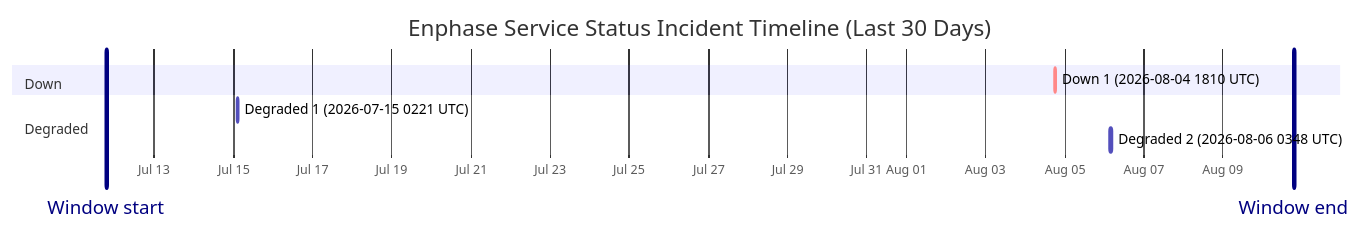
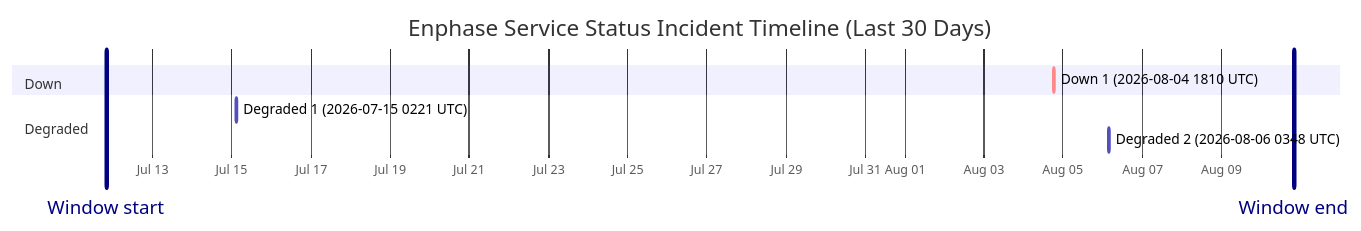
The diagram in wiki/Service-Status-History.md (barneyonline/ha-enphase-energy), drawn with Mermaid before and after one commit. The commit also changed other lines of this file and 3 other files, not shown here.

````diff
--- a/wiki/Service-Status-History.md
+++ b/wiki/Service-Status-History.md
@@ -14,13 +14,13 @@
 ```mermaid
 gantt
     title Enphase Service Status Incident Timeline (Last 30 Days)
     dateFormat  YYYY-MM-DDTHH:mm:ss
     axisFormat  %b %d
-    Window start :vert, window-start, 2026-07-11T18:54:41, 0ms
-    Window end :vert, window-end, 2026-08-10T18:54:41, 0ms
+    Window start :vert, window-start, 2026-07-11T19:54:07, 0ms
+    Window end :vert, window-end, 2026-08-10T19:54:07, 0ms
     section Down
     Down 1 (2026-08-04 1810 UTC) :crit, down-1, 2026-08-04T18:10:46, 60m
     section Degraded
     Degraded 1 (2026-07-15 0221 UTC) :active, degraded-1, 2026-07-15T02:21:35, 60m
     Degraded 2 (2026-08-06 0348 UTC) :active, degraded-2, 2026-08-06T03:48:14, 60m
 ```
````
